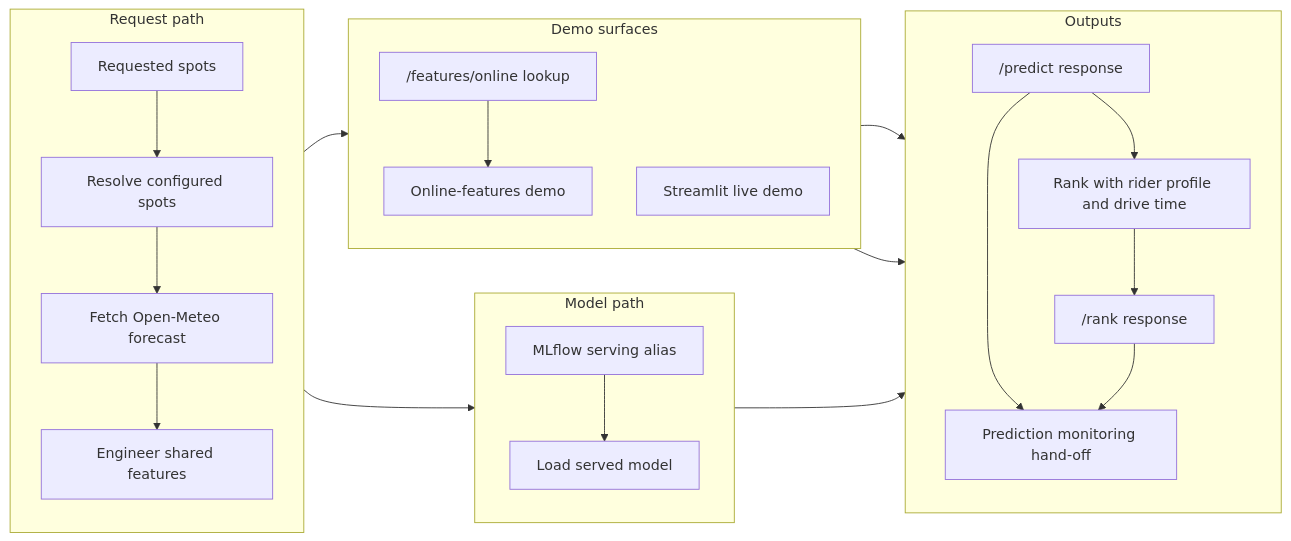
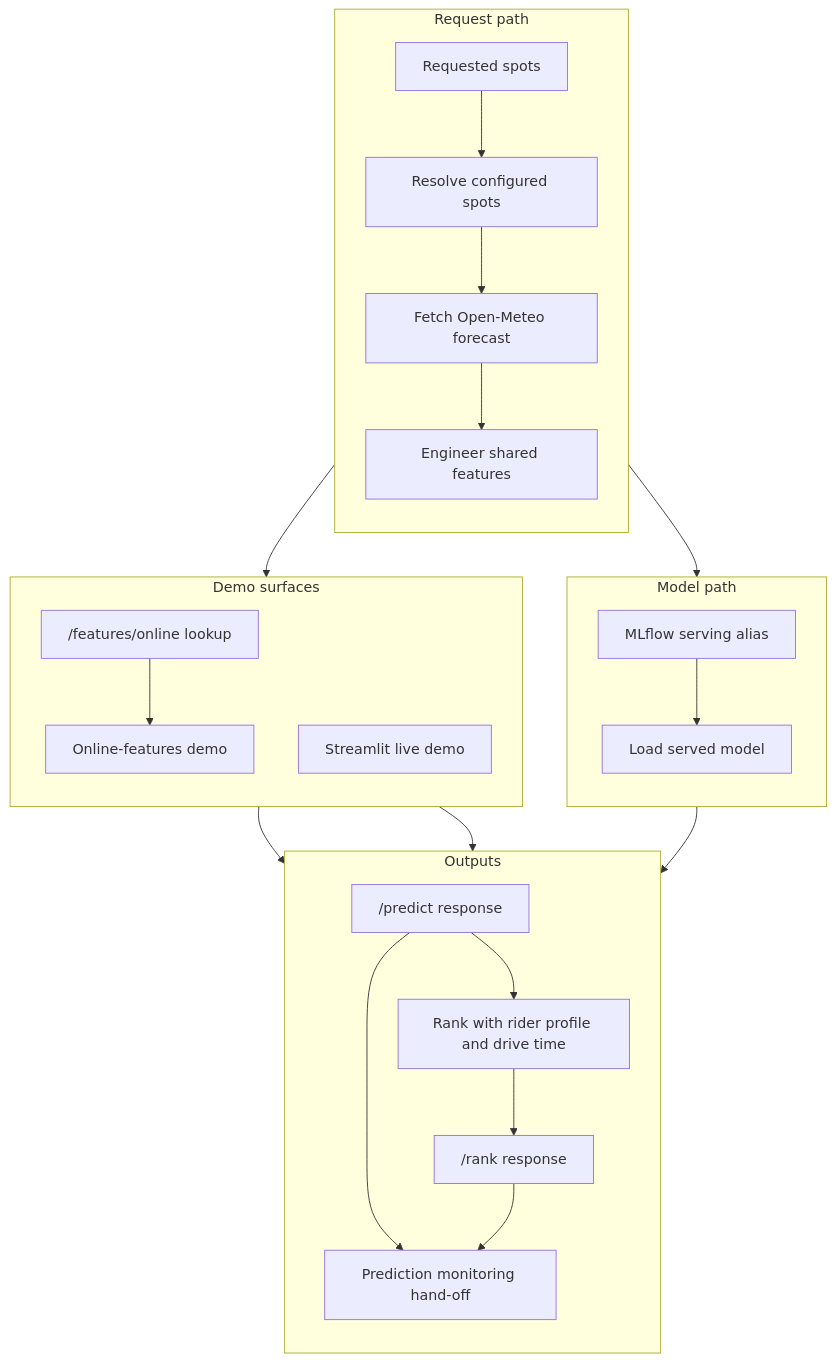
One commit to javihslu/foehncast changed the diagram in docs/site/system/inference-pipeline.md. Above: the diagram before and after it, drawn with Mermaid. The commit also changed 12 other files, not shown here.

First line of the commit message:
docs: stack mermaid diagrams vertically (TD) for better page fit

```diff
--- a/docs/site/system/inference-pipeline.md
+++ b/docs/site/system/inference-pipeline.md
@@ -15,43 +15,43 @@
 <div class="mermaid">
-flowchart LR
+flowchart TD
     subgraph RequestPath ["Request path"]
         direction TB
         REQ["Requested spots"]
         RES["Resolve configured spots"]
         WX["Fetch Open-Meteo forecast"]
         ENG["Engineer shared features"]
         REQ --> RES --> WX --> ENG
     end
 
     subgraph ModelPath ["Model path"]
         direction TB
         REG["MLflow serving alias"]
         MOD["Load served model"]
         REG --> MOD
     end
 
     subgraph OutputPath ["Outputs"]
         direction TB
         PRE["/predict response"]
         RNK["Rank with rider profile and drive time"]
         OUT["/rank response"]
         MON["Prediction monitoring hand-off"]
         PRE --> RNK --> OUT
     end
 
     subgraph OptionalPath ["Demo surfaces"]
         direction TB
         ONL["/features/online lookup"]
         DEMO["Online-features demo"]
         DASH["Streamlit live demo"]
         ONL --> DEMO
     end
 
     ENG --> MOD
     MOD --> PRE
     RES --> ONL
     DASH --> PRE
     DASH --> OUT
     PRE --> MON
     OUT --> MON
 </div>
```
